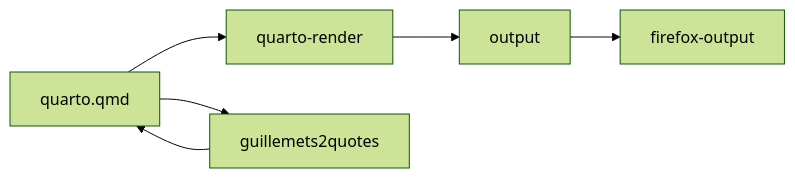
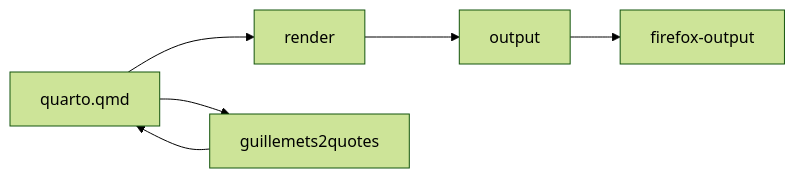
One commit to chris2fr/linto changed the third of 3 diagrams in linto-guide/quarto.md. Above: the diagram before and after it, drawn with Mermaid (forest theme). The commit also changed other lines of this file and 16 other files, not shown here.

````diff
--- a/linto-guide/quarto.md
+++ b/linto-guide/quarto.md
@@ -35,5 +35,5 @@
 ```mermaid
 flowchart LR
-quarto.qmd --> quarto-render --> output --> firefox-output
+quarto.qmd --> render --> output --> firefox-output
 quarto.qmd --> guillemets2quotes --> quarto.qmd
 ```
````
